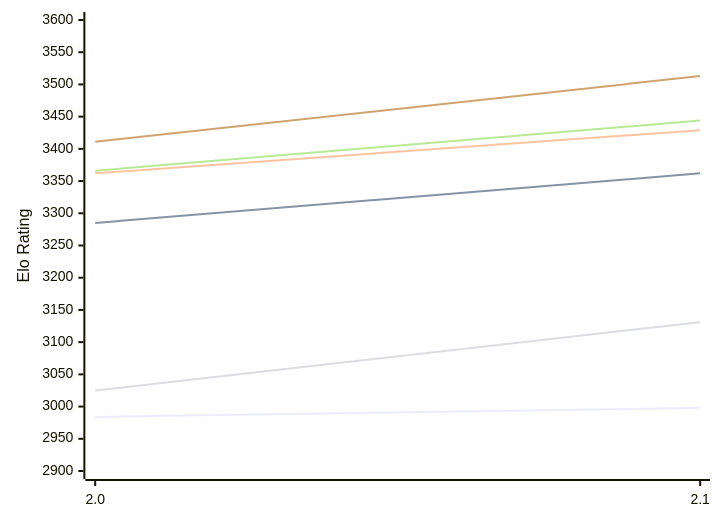
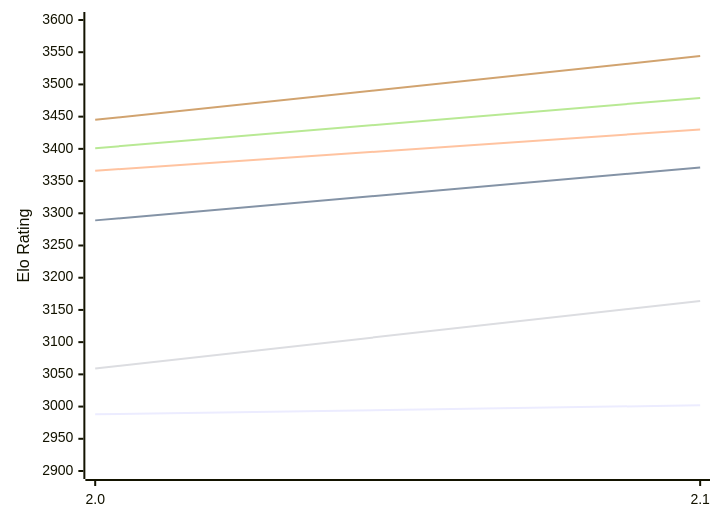
One commit to computer-chess-index/cci changed the first of 2 diagrams in engines/Onslaught.md. Above: the diagram before and after it, drawn with Mermaid. The commit also changed other lines of this file, not shown here.

Commit message:
Update CCI Ratings (ELO VLTC) - 2026-11-01

````diff
--- a/engines/Onslaught.md
+++ b/engines/Onslaught.md
@@ -50,12 +50,12 @@
 ```mermaid
 %%{init: {"theme":"base","themeVariables":{"seriesColors:['#a3a3a3','#222221','#faa371']}}}%%
 xychart-beta
   x-axis ["2.0", "2.1"]
   y-axis "Elo Rating" 2900 --> 3600
-  line "E1: STC (8.0+0.08s)" [2984, 2998]
-  line "E1: LTC (60.0+0.60s)" [3285, 3362]
-  line "E1: VLTC (2m24s+1.12s)" [3362, 3429]
-  line "P1: STC (8.0+0.08s)" [3025, 3131]
-  line "P1: LTC (60.0+0.60s)" [3366, 3444]
-  line "P1: VLTC (2m24s+1.12s)" [3411, 3513]
+  line "E1: STC (8.0+0.08s)" [2988, 3002]
+  line "E1: LTC (60.0+0.60s)" [3289, 3371]
+  line "E1: VLTC (2m24s+1.12s)" [3366, 3430]
+  line "P1: STC (8.0+0.08s)" [3059, 3164]
+  line "P1: LTC (60.0+0.60s)" [3401, 3479]
+  line "P1: VLTC (2m24s+1.12s)" [3445, 3544]
 ```
````
